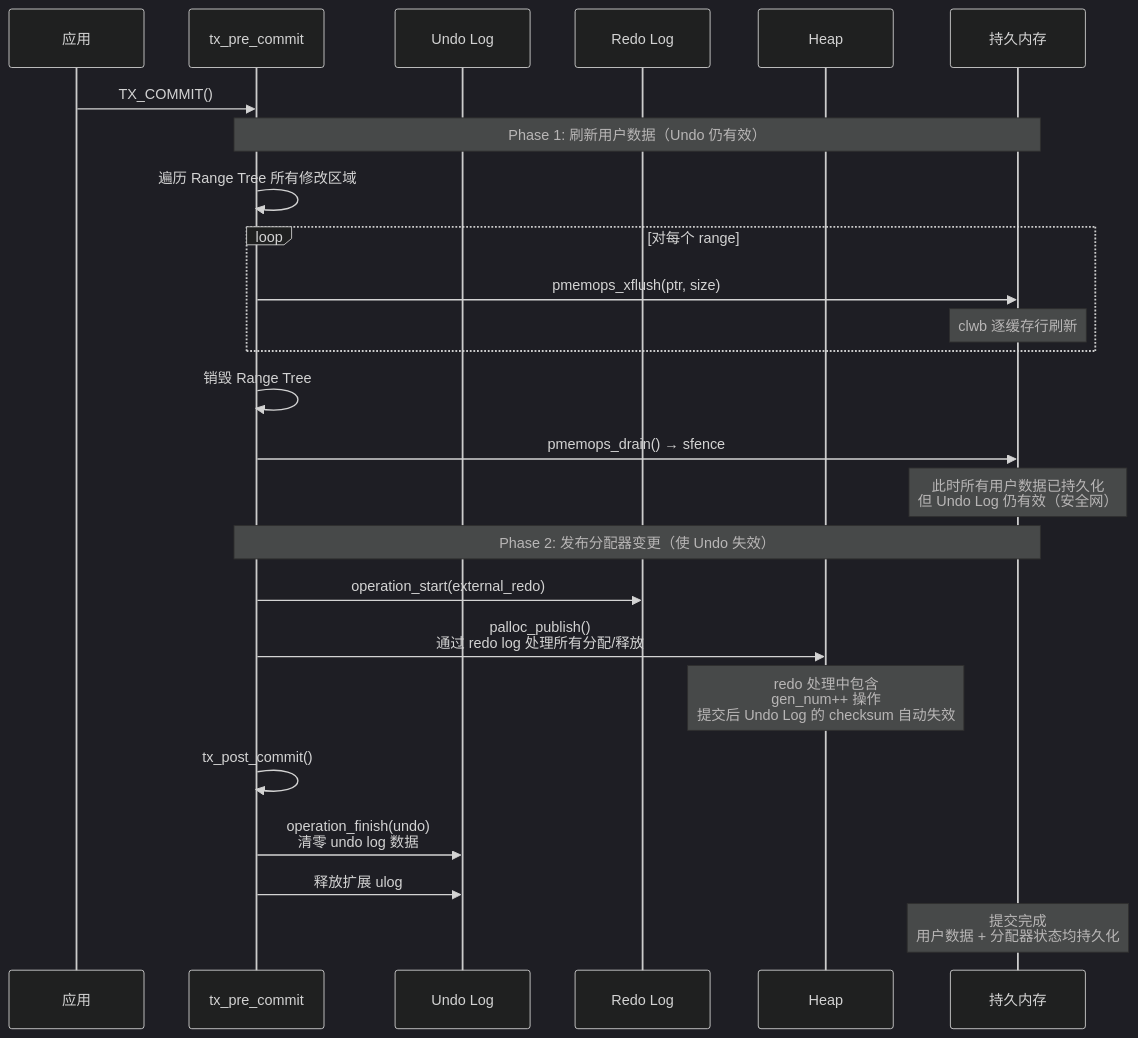
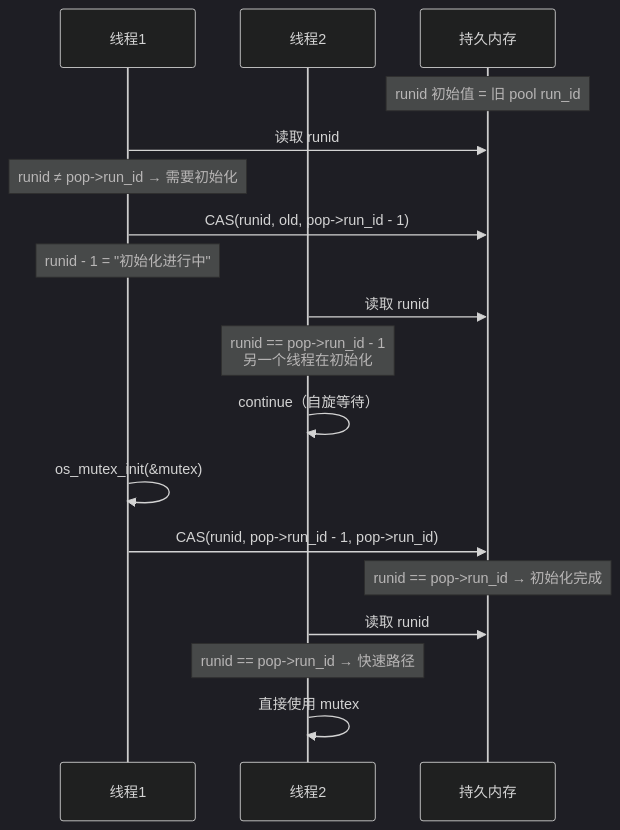
One commit to carlvinhust2012/MyStudy changed the seventh of 14 diagrams in Storage/daos/pmdk的一致性分析.md. Above: the diagram before and after it, drawn with Mermaid (dark theme). The commit also changed other lines of this file, not shown here.

````diff
--- a/Storage/daos/pmdk的一致性分析.md
+++ b/Storage/daos/pmdk的一致性分析.md
@@ -262,36 +380,27 @@
 ```mermaid
 sequenceDiagram
-    participant APP as 应用
-    participant TX as tx_pre_commit
-    participant UNDO as Undo Log
-    participant REDO as Redo Log
-    participant HEAP as Heap
+    participant T1 as 线程1
+    participant T2 as 线程2
     participant PMEM as 持久内存
 
-    APP->>TX: TX_COMMIT()
+    Note over PMEM: runid 初始值 = 旧 pool run_id
 
-    Note over TX,PMEM: Phase 1: 刷新用户数据（Undo 仍有效）
+    T1->>PMEM: 读取 runid
+    Note over T1: runid ≠ pop->run_id → 需要初始化
 
-    TX->>TX: 遍历 Range Tree 所有修改区域
-    loop 对每个 range
-        TX->>PMEM: pmemops_xflush(ptr, size)
-        Note over PMEM: clwb 逐缓存行刷新
-    end
-    TX->>TX: 销毁 Range Tree
+    T1->>PMEM: CAS(runid, old, pop->run_id - 1)
+    Note over T1: runid - 1 = "初始化进行中"
 
-    TX->>PMEM: pmemops_drain() → sfence
-    Note over PMEM: 此时所有用户数据已持久化<br/>但 Undo Log 仍有效（安全网）
+    T2->>PMEM: 读取 runid
+    Note over T2: runid == pop->run_id - 1<br/>另一个线程在初始化
 
-    Note over TX,PMEM: Phase 2: 发布分配器变更（使 Undo 失效）
+    T2->>T2: continue（自旋等待）
 
-    TX->>REDO: operation_start(external_redo)
-    TX->>HEAP: palloc_publish()<br/>通过 redo log 处理所有分配/释放
+    T1->>T1: os_mutex_init(&mutex)
+    T1->>PMEM: CAS(runid, pop->run_id - 1, pop->run_id)
+    Note over PMEM: runid == pop->run_id → 初始化完成
 
-    Note over HEAP: redo 处理中包含<br/>gen_num++ 操作<br/>提交后 Undo Log 的 checksum 自动失效
-
-    TX->>TX: tx_post_commit()
-    TX->>UNDO: operation_finish(undo)<br/>清零 undo log 数据
-    TX->>UNDO: 释放扩展 ulog
-
-    Note over PMEM: 提交完成<br/>用户数据 + 分配器状态均持久化
+    T2->>PMEM: 读取 runid
+    Note over T2: runid == pop->run_id → 快速路径
+    T2->>T2: 直接使用 mutex
 ```
````
